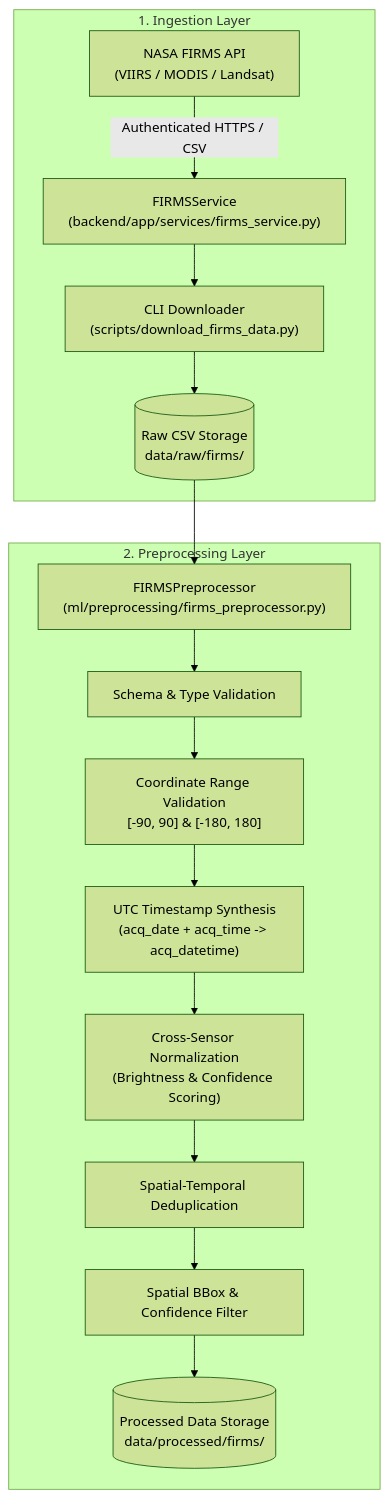
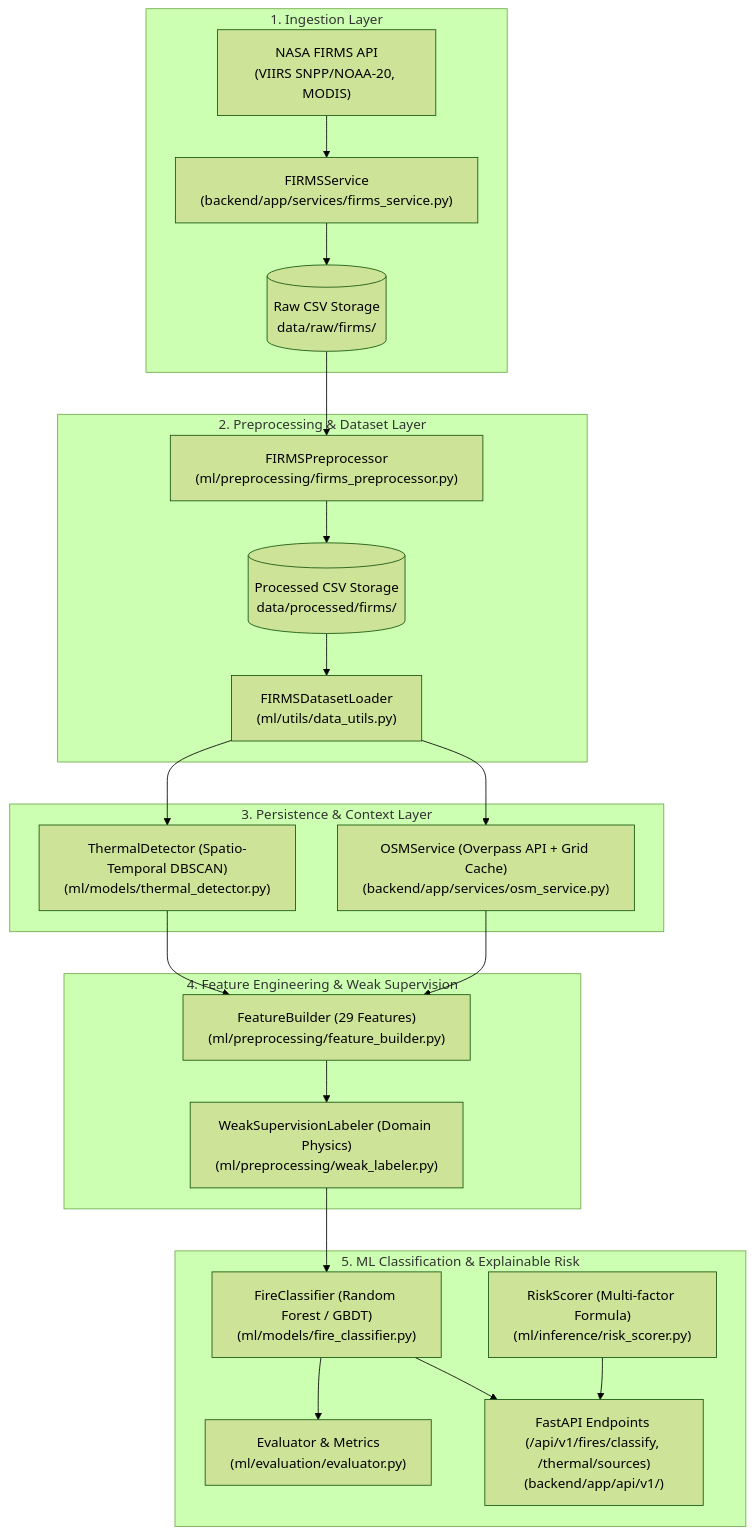
One commit to AyushPrad2907/AI-Based-Detection-and-Classification-of-Industrial-Fires-and-Persistent-Thermal-Sources changed the diagram in SIH26162/docs/data_pipeline.md. Above: the diagram before and after it, drawn with Mermaid (forest theme). The commit also changed other lines of this file and 33 other files, not shown here.

First line of the commit message:
feat(ml): implement Phase 2 AI/ML pipeline, feature engineering, persistence detection, and explainable risk scoring

````diff
--- a/SIH26162/docs/data_pipeline.md
+++ b/SIH26162/docs/data_pipeline.md
@@ -7,32 +7,41 @@
 ```mermaid
 flowchart TD
     subgraph S1["1. Ingestion Layer"]
-        FIRMS_API["NASA FIRMS API<br/>(VIIRS / MODIS / Landsat)"]
+        FIRMS_API["NASA FIRMS API<br/>(VIIRS SNPP/NOAA-20, MODIS)"]
         CLIENT["FIRMSService<br/>(backend/app/services/firms_service.py)"]
-        CLI["CLI Downloader<br/>(scripts/download_firms_data.py)"]
         RAW_CSV[("Raw CSV Storage<br/>data/raw/firms/")]
     end
 
-    subgraph S2["2. Preprocessing Layer"]
+    subgraph S2["2. Preprocessing & Dataset Layer"]
         PREPROC["FIRMSPreprocessor<br/>(ml/preprocessing/firms_preprocessor.py)"]
-        SCHEMA["Schema & Type Validation"]
-        GEO_VAL["Coordinate Range Validation<br/>[-90, 90] & [-180, 180]"]
-        TIME_PARSE["UTC Timestamp Synthesis<br/>(acq_date + acq_time -> acq_datetime)"]
-        NORM["Cross-Sensor Normalization<br/>(Brightness & Confidence Scoring)"]
-        DEDUP["Spatial-Temporal Deduplication"]
-        FILTERS["Spatial BBox & Confidence Filter"]
-        PROCESSED_CSV[("Processed Data Storage<br/>data/processed/firms/")]
+        LOADER["FIRMSDatasetLoader<br/>(ml/utils/data_utils.py)"]
+        PROCESSED_CSV[("Processed CSV Storage<br/>data/processed/firms/")]
     end
 
-    FIRMS_API -->|Authenticated HTTPS / CSV| CLIENT
-    CLIENT --> CLI
-    CLI --> RAW_CSV
-    RAW_CSV --> PREPROC
-    PREPROC --> SCHEMA
-    SCHEMA --> GEO_VAL
-    GEO_VAL --> TIME_PARSE
-    TIME_PARSE --> NORM
-    NORM --> DEDUP
-    DEDUP --> FILTERS
-    FILTERS --> PROCESSED_CSV
+    subgraph S3["3. Persistence & Context Layer"]
+        CLUSTER["ThermalDetector (Spatio-Temporal DBSCAN)<br/>(ml/models/thermal_detector.py)"]
+        OSM["OSMService (Overpass API + Grid Cache)<br/>(backend/app/services/osm_service.py)"]
+    end
+
+    subgraph S4["4. Feature Engineering & Weak Supervision"]
+        FEATS["FeatureBuilder (29 Features)<br/>(ml/preprocessing/feature_builder.py)"]
+        LABELER["WeakSupervisionLabeler (Domain Physics)<br/>(ml/preprocessing/weak_labeler.py)"]
+    end
+
+    subgraph S5["5. ML Classification & Explainable Risk"]
+        CLASSIFIER["FireClassifier (Random Forest / GBDT)<br/>(ml/models/fire_classifier.py)"]
+        RISK["RiskScorer (Multi-factor Formula)<br/>(ml/inference/risk_scorer.py)"]
+        EVAL["Evaluator & Metrics<br/>(ml/evaluation/evaluator.py)"]
+        API["FastAPI Endpoints (/api/v1/fires/classify, /thermal/sources)<br/>(backend/app/api/v1/)"]
+    end
+
+    FIRMS_API --> CLIENT --> RAW_CSV --> PREPROC --> PROCESSED_CSV --> LOADER
+    LOADER --> CLUSTER
+    LOADER --> OSM
+    CLUSTER --> FEATS
+    OSM --> FEATS
+    FEATS --> LABELER --> CLASSIFIER
+    CLASSIFIER --> EVAL
+    CLASSIFIER --> API
+    RISK --> API
 ```
````
